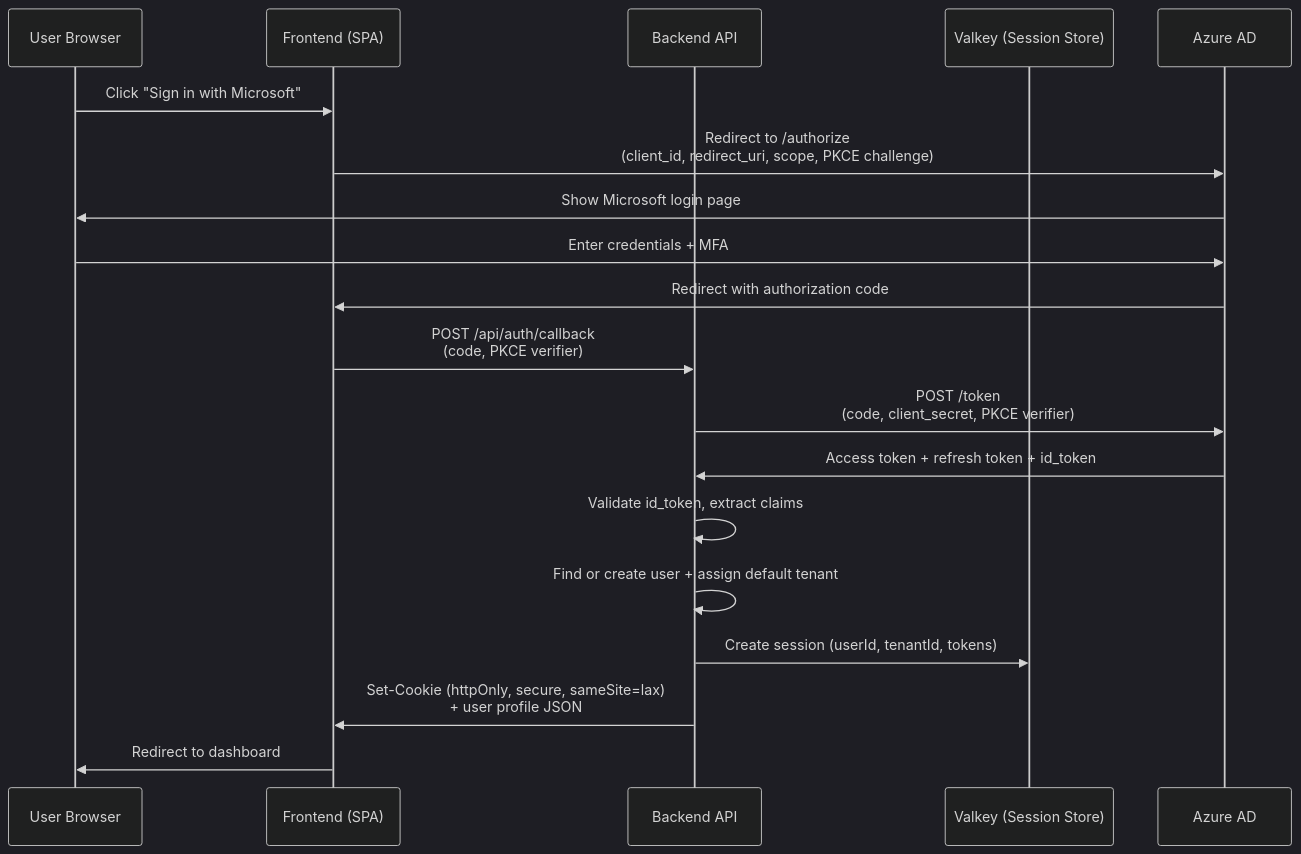
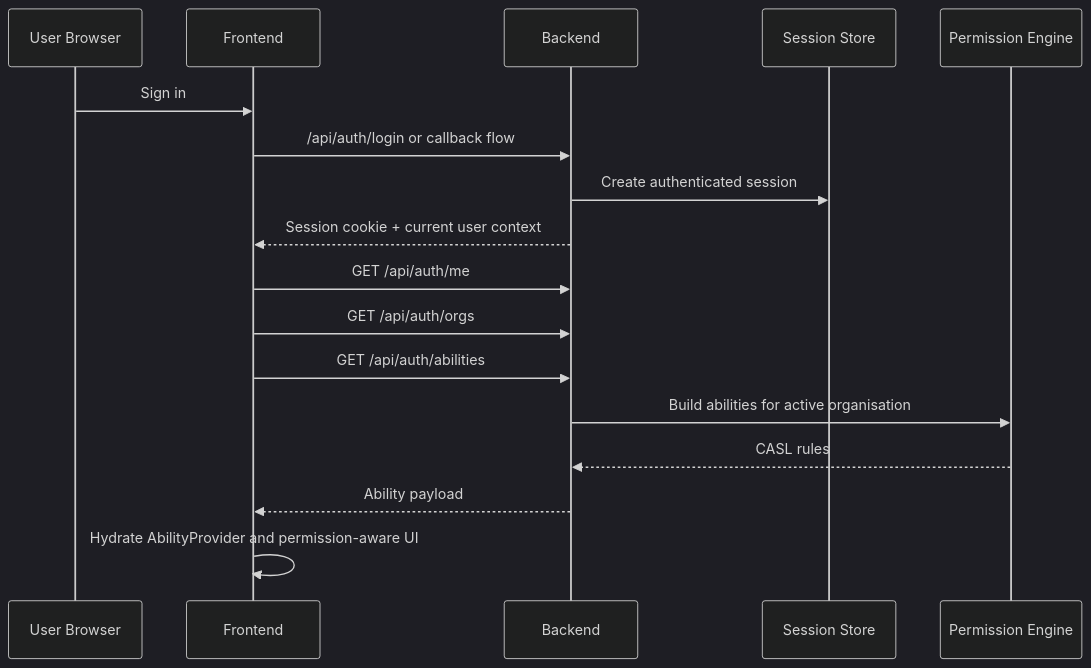
The second of 3 diagrams in docs/srs/core-platform/fr-authentication.md (b-knowledge-solution/b-knowledge), drawn with Mermaid (dark theme) before and after one commit. The commit also changed other lines of this file, not shown here.

First line of the commit message:
docs(09-01): update authentication permission integration srs

````diff
--- a/docs/srs/core-platform/fr-authentication.md
+++ b/docs/srs/core-platform/fr-authentication.md
@@ -63,22 +73,20 @@
 ```mermaid
 sequenceDiagram
     participant U as User Browser
-    participant FE as Frontend (SPA)
-    participant BE as Backend API
-    participant V as Valkey (Session Store)
-    participant AZ as Azure AD
+    participant FE as Frontend
+    participant BE as Backend
+    participant SS as Session Store
+    participant PE as Permission Engine
 
-    U->>FE: Click "Sign in with Microsoft"
-    FE->>AZ: Redirect to /authorize<br/>(client_id, redirect_uri, scope, PKCE challenge)
-    AZ->>U: Show Microsoft login page
-    U->>AZ: Enter credentials + MFA
-    AZ->>FE: Redirect with authorization code
-    FE->>BE: POST /api/auth/callback<br/>(code, PKCE verifier)
-    BE->>AZ: POST /token<br/>(code, client_secret, PKCE verifier)
-    AZ->>BE: Access token + refresh token + id_token
-    BE->>BE: Validate id_token, extract claims
-    BE->>BE: Find or create user + assign default tenant
-    BE->>V: Create session (userId, tenantId, tokens)
-    BE->>FE: Set-Cookie (httpOnly, secure, sameSite=lax)<br/>+ user profile JSON
-    FE->>U: Redirect to dashboard
+    U->>FE: Sign in
+    FE->>BE: /api/auth/login or callback flow
+    BE->>SS: Create authenticated session
+    BE-->>FE: Session cookie + current user context
+    FE->>BE: GET /api/auth/me
+    FE->>BE: GET /api/auth/orgs
+    FE->>BE: GET /api/auth/abilities
+    BE->>PE: Build abilities for active organisation
+    PE-->>BE: CASL rules
+    BE-->>FE: Ability payload
+    FE->>FE: Hydrate AbilityProvider and permission-aware UI
 ```
````
